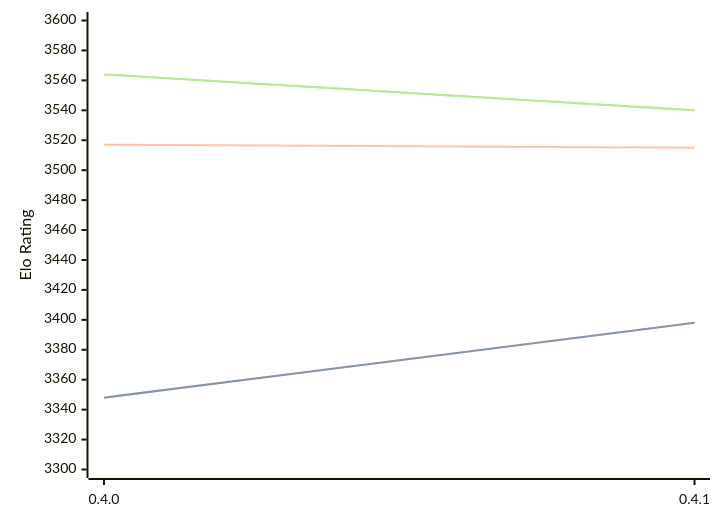
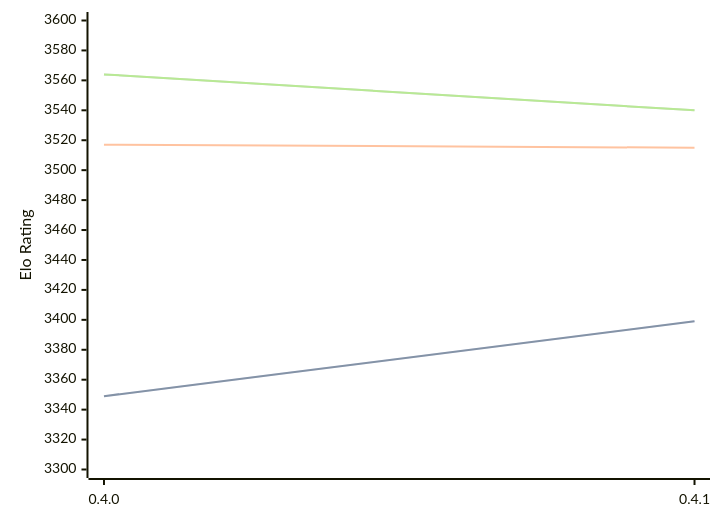
The diagram in engines/Cinder.md (computer-chess-index/cci), drawn with Mermaid before and after one commit. The commit also changed other lines of this file, not shown here.

````diff
--- a/engines/Cinder.md
+++ b/engines/Cinder.md
@@ -37,11 +37,11 @@
 ```mermaid
 %%{init: {"theme":"base","themeVariables":{"seriesColors:['#a3a3a3','#222221','#faa371']}}}%%
 xychart-beta
   x-axis ["0.4.0", "0.4.1"]
   y-axis "Elo Rating" 3300 --> 3600
-  line "STC (8.0+0.08s)" [3348, 3398]
-  line "STC (8.0+0.08s)" [3348, 3398]
+  line "STC (8.0+0.08s)" [3349, 3399]
+  line "STC (8.0+0.08s)" [3349, 3399]
   line "LTC (60.0+0.60s)" [3517, 3515]
   line "VLTC (2m24s+1.12s)" [3564, 3540]
   line "VLTC (2m24s+1.12s)" [3564, 3540]
 ```
````
